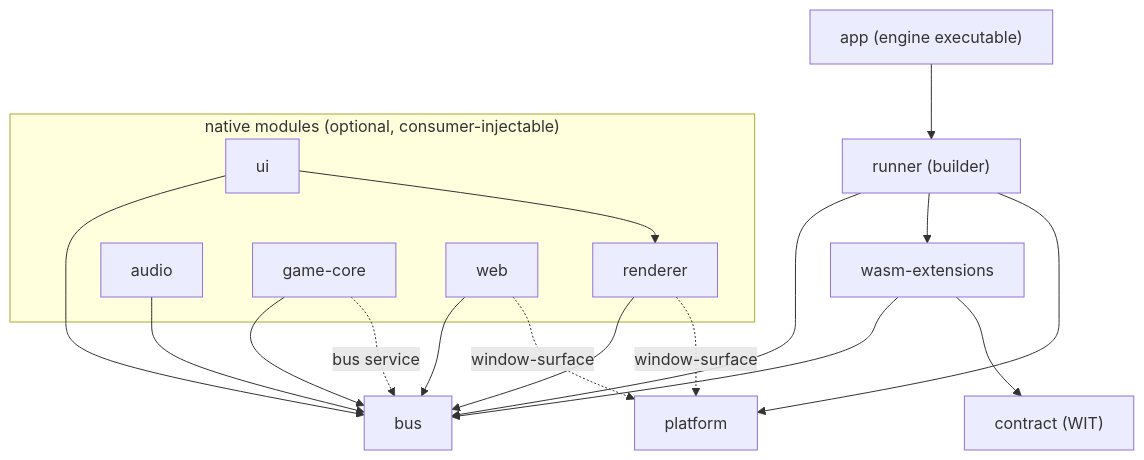
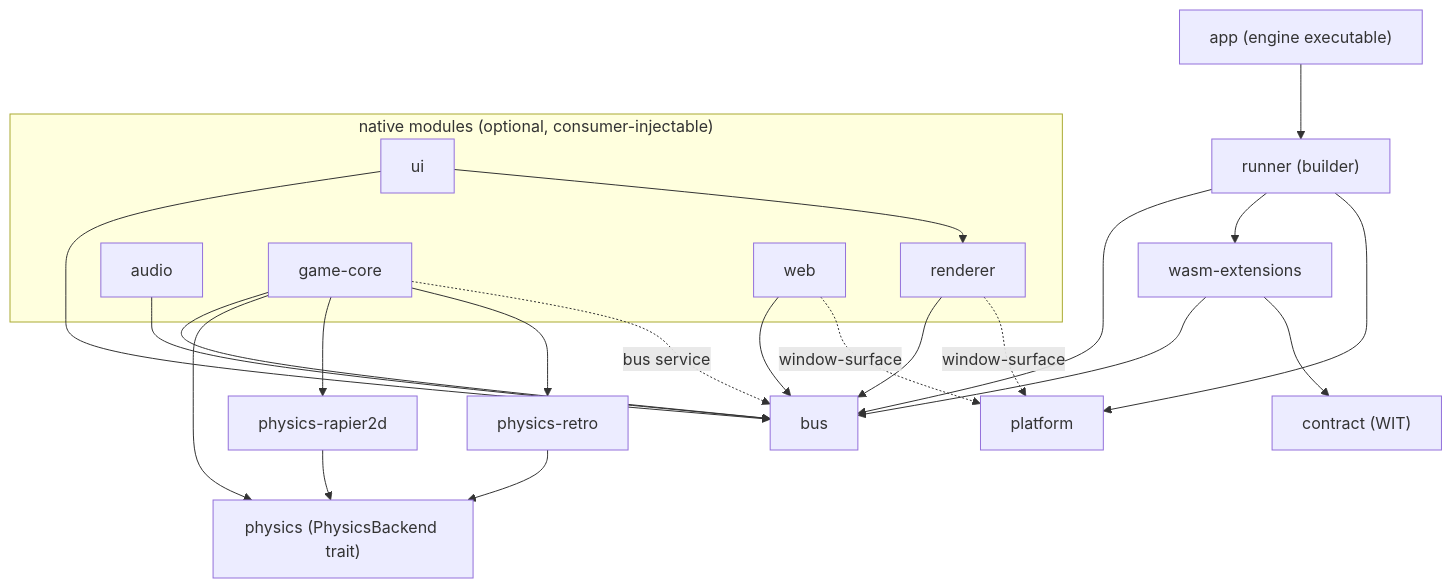
Before and after one commit to an-dr/bones: the diagram in docs/structure.md, drawn with Mermaid. The commit also changed other lines of this file and 3 other files, not shown here.

Commit message:
Document physics backend split in structure.md, index.md, game-core README

````diff
--- a/docs/structure.md
+++ b/docs/structure.md
@@ -48,25 +48,33 @@
 ```mermaid
 graph TD
     App["app (engine executable)"] --> Runner["runner (builder)"]
     Runner --> Bus["bus"]
     Runner --> WasmExtensions["wasm-extensions"]
     Runner --> Platform["platform"]
     WasmExtensions --> Bus
     WasmExtensions --> Contract["contract (WIT)"]
     subgraph Modules["native modules (optional, consumer-injectable)"]
         Renderer["renderer"]
         UI["ui"]
         Audio["audio"]
         GameCore["game-core"]
         Web["web"]
     end
+    Physics["physics (PhysicsBackend trait)"]
+    PhysicsRapier2d["physics-rapier2d"]
+    PhysicsRetro["physics-retro"]
     Renderer --> Bus
     UI --> Bus
     UI --> Renderer
     Audio --> Bus
     GameCore --> Bus
+    GameCore --> Physics
+    GameCore --> PhysicsRapier2d
+    GameCore --> PhysicsRetro
+    PhysicsRapier2d --> Physics
+    PhysicsRetro --> Physics
     Web --> Bus
     Renderer -. "window-surface" .-> Platform
     GameCore -. "bus service" .-> Bus
     Web -. "window-surface" .-> Platform
 ```
````
